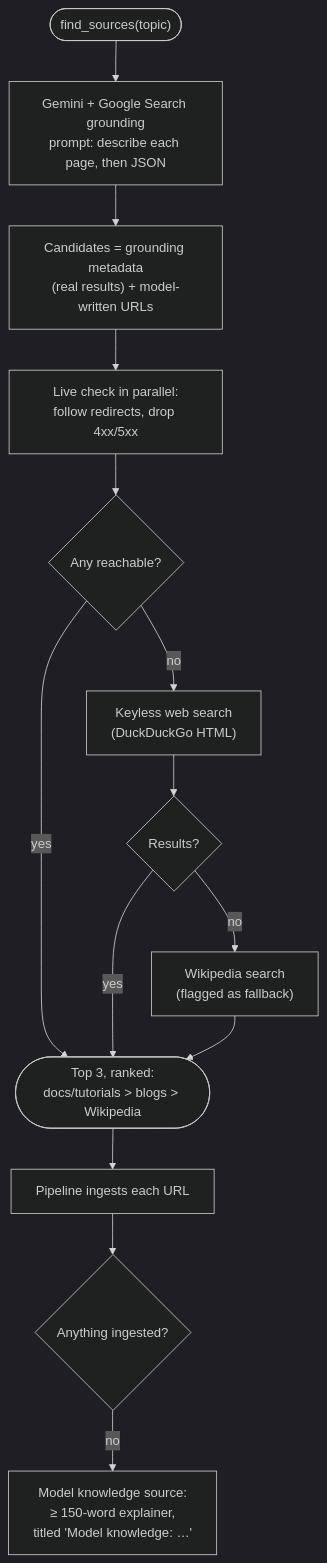
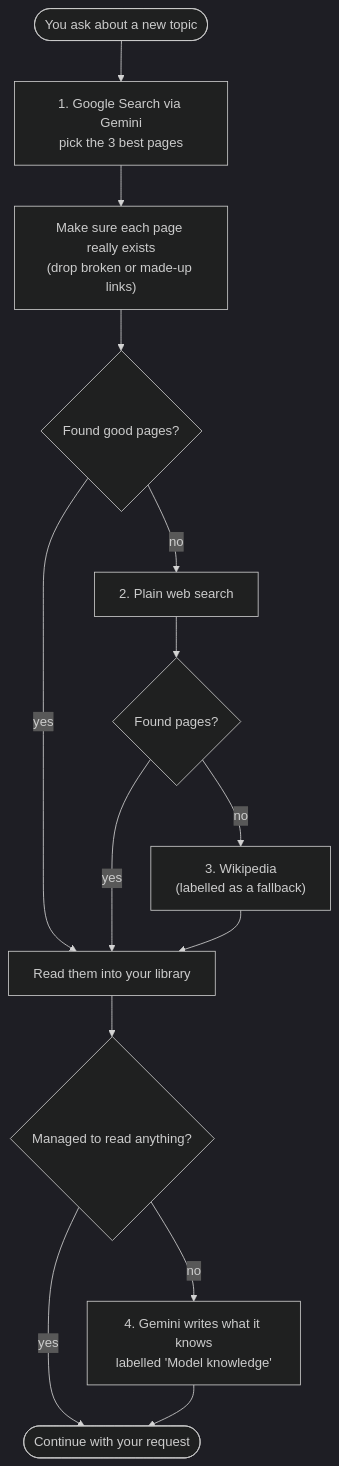
One commit to Chaitanya674/Recal-AI changed the seventh of 19 diagrams in docs/DOCUMENTATION.md. Above: the diagram before and after it, drawn with Mermaid (dark theme). The commit also changed other lines of this file, not shown here.

Commit message:
Docs: plain-language narrative rewrite

````diff
--- a/docs/DOCUMENTATION.md
+++ b/docs/DOCUMENTATION.md
@@ -335,16 +357,16 @@
 ```mermaid
 flowchart TD
-    S(["find_sources(topic)"]) --> G1["Gemini + Google Search grounding<br/>prompt: describe each page, then JSON"]
-    G1 --> G2["Candidates = grounding metadata<br/>(real results) + model-written URLs"]
-    G2 --> G3["Live check in parallel:<br/>follow redirects, drop 4xx/5xx"]
-    G3 --> G4{"Any reachable?"}
-    G4 -- yes --> OUT(["Top 3, ranked:<br/>docs/tutorials > blogs > Wikipedia"])
-    G4 -- no --> W1["Keyless web search<br/>(DuckDuckGo HTML)"]
-    W1 --> W2{"Results?"}
-    W2 -- yes --> OUT
-    W2 -- no --> WK["Wikipedia search<br/>(flagged as fallback)"]
-    WK --> OUT
-    OUT --> ING["Pipeline ingests each URL"]
-    ING --> ANY{"Anything ingested?"}
-    ANY -- no --> MK["Model knowledge source:<br/>≥ 150-word explainer,<br/>titled 'Model knowledge: …'"]
+    Q(["You ask about a new topic"]) --> G1["1. Google Search via Gemini<br/>pick the 3 best pages"]
+    G1 --> G2["Make sure each page really exists<br/>(drop broken or made-up links)"]
+    G2 --> FOUND{"Found good pages?"}
+    FOUND -- yes --> READ["Read them into your library"]
+    FOUND -- no --> G3["2. Plain web search"]
+    G3 --> F2{"Found pages?"}
+    F2 -- yes --> READ
+    F2 -- no --> G4["3. Wikipedia<br/>(labelled as a fallback)"]
+    G4 --> READ
+    READ --> ANY{"Managed to read anything?"}
+    ANY -- yes --> GO(["Continue with your request"])
+    ANY -- no --> G5["4. Gemini writes what it knows<br/>labelled 'Model knowledge'"]
+    G5 --> GO
 ```
````
